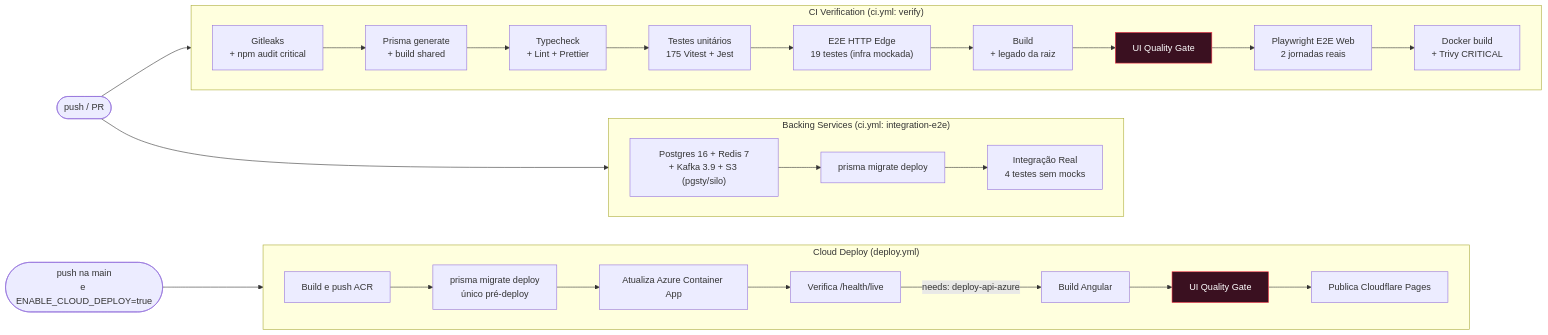
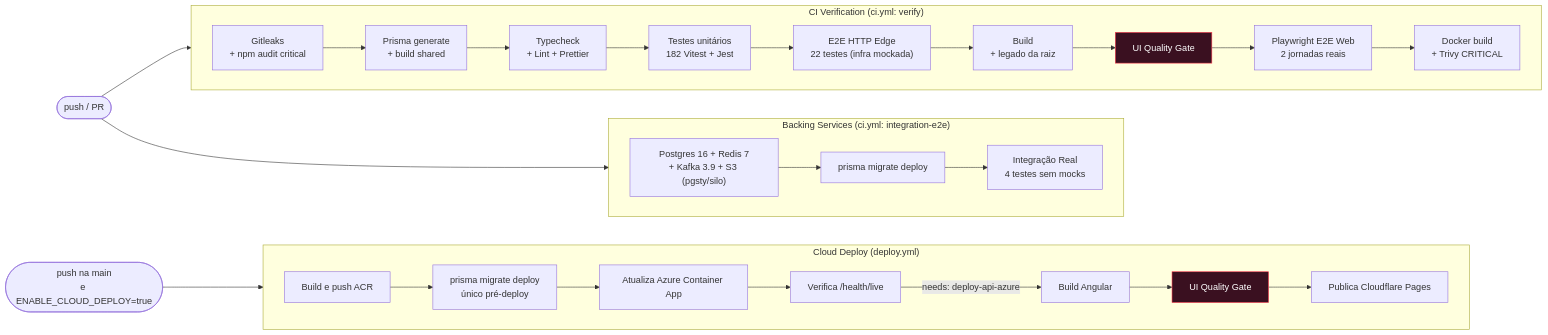
Before and after one commit to Digooow/pokedex-frontend: the eighth of 12 diagrams in README.md, drawn with Mermaid. The commit also changed other lines of this file and 23 other files, not shown here.

First line of the commit message:
feat: expand PokéAPI endpoints and schemas for enhanced encyclopedia functionality

````diff
--- a/README.md
+++ b/README.md
@@ -478,32 +481,32 @@
 ```mermaid
 flowchart LR
   push(["push / PR"]) --> v
   push --> integ
 
   subgraph v["CI Verification (ci.yml: verify)"]
     direction LR
     s0["Gitleaks<br/>+ npm audit critical"] --> s1["Prisma generate<br/>+ build shared"] --> s2["Typecheck<br/>+ Lint + Prettier"]
-    s2 --> s4["Testes unitários<br/>175 Vitest + Jest"]
-    s4 --> s5["E2E HTTP Edge<br/>19 testes (infra mockada)"]
+    s2 --> s4["Testes unitários<br/>182 Vitest + Jest"]
+    s4 --> s5["E2E HTTP Edge<br/>22 testes (infra mockada)"]
     s5 --> s6["Build<br/>+ legado da raiz"]
     s6 --> s7["UI Quality Gate"]
     s7 --> s7b["Playwright E2E Web<br/>2 jornadas reais"]
     s7b --> s8["Docker build<br/>+ Trivy CRITICAL"]
   end
 
   subgraph integ["Backing Services (ci.yml: integration-e2e)"]
     direction LR
     i1["Postgres 16 + Redis 7<br/>+ Kafka 3.9 + S3 (pgsty/silo)"] --> i2["prisma migrate deploy"] --> i3["Integração Real<br/>4 testes sem mocks"]
   end
 
   push2(["push na main<br/>e ENABLE_CLOUD_DEPLOY=true"]) --> d
 
   subgraph d["Cloud Deploy (deploy.yml)"]
     direction LR
     a1["Build e push ACR"] --> a1b["prisma migrate deploy<br/>único pré-deploy"] --> a2["Atualiza Azure Container App"] --> a3["Verifica /health/live"]
     a3 -->|"needs: deploy-api-azure"| b1["Build Angular"] --> b2["UI Quality Gate"] --> b3["Publica Cloudflare Pages"]
   end
 
   classDef gate fill:#3a1020,stroke:#ff3b4e,color:#fff
   class s7,b2 gate
 ```
````
